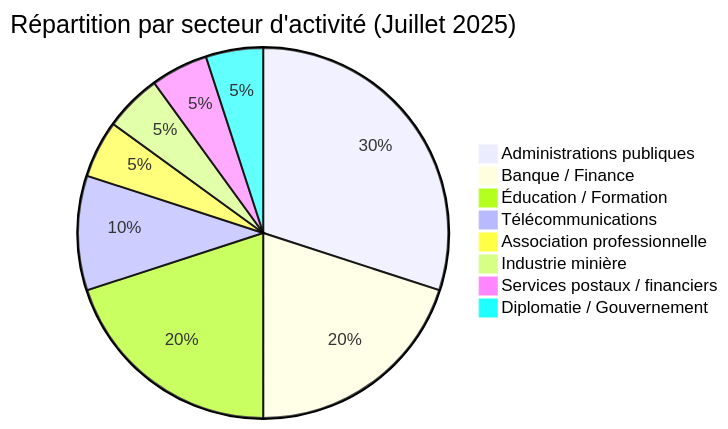
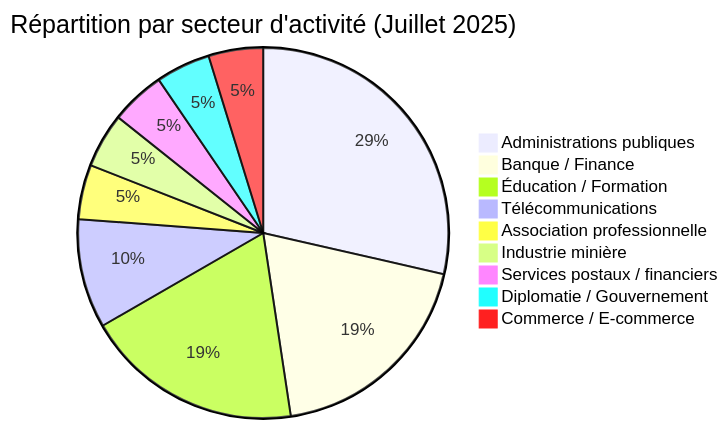
One commit to Hatchepsoute/AFRINTEL changed the second of 6 diagrams in CyberAttackAfrica/2025/07-july/README_FR.md. Above: the diagram before and after it, drawn with Mermaid. The commit also changed other lines of this file and 112 other files, not shown here.

````diff
--- a/CyberAttackAfrica/2025/07-july/README_FR.md
+++ b/CyberAttackAfrica/2025/07-july/README_FR.md
@@ -75,11 +76,12 @@
 ```mermaid
 pie title Répartition par secteur d'activité (Juillet 2025)
     "Administrations publiques" : 6
     "Banque / Finance" : 4
     "Éducation / Formation" : 4
     "Télécommunications" : 2
     "Association professionnelle" : 1
     "Industrie minière" : 1
     "Services postaux / financiers" : 1
     "Diplomatie / Gouvernement" : 1
+    "Commerce / E-commerce" : 1
 ```
````
